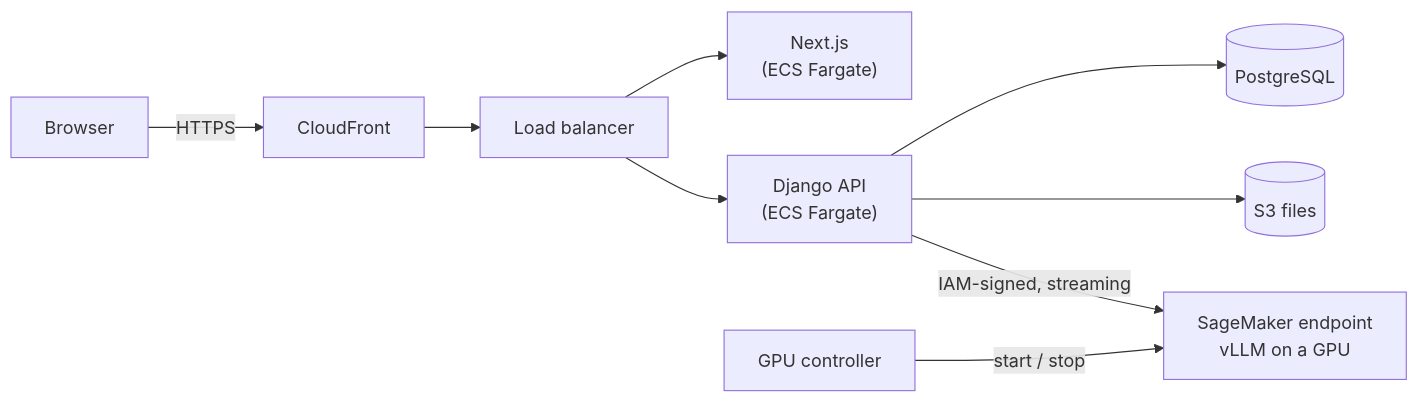
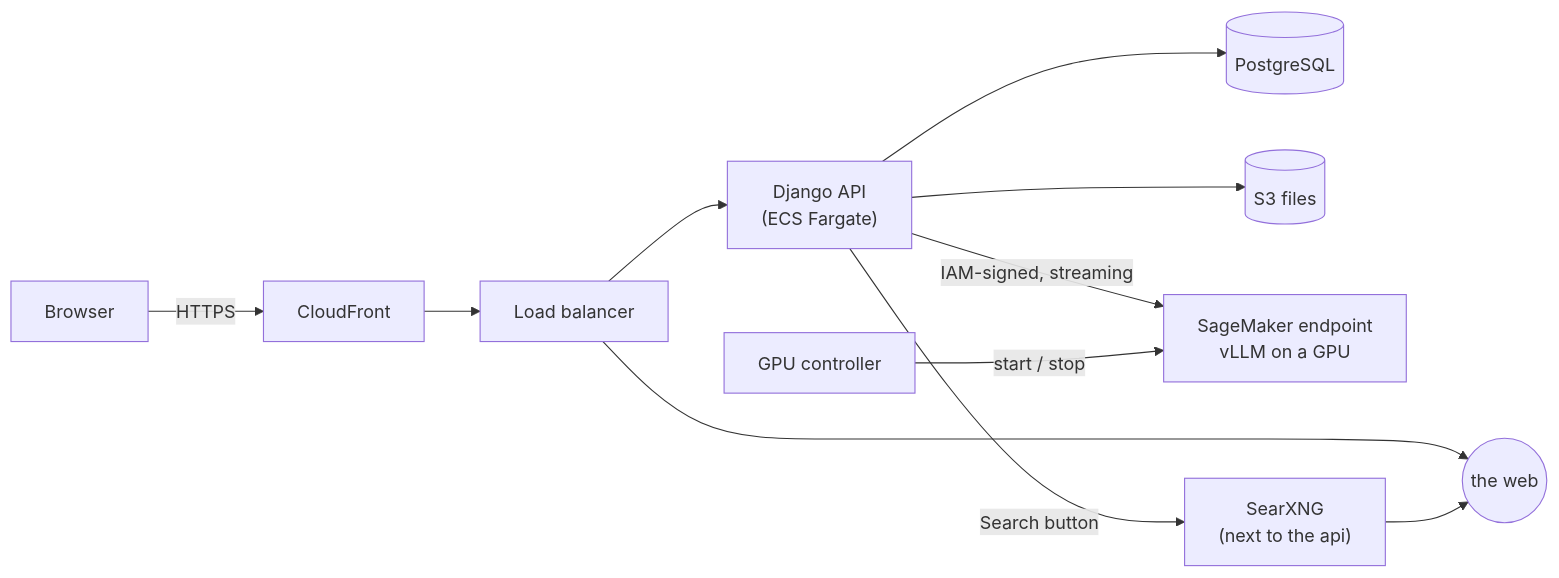
Before and after one commit to codewithmuh/private-llm-chat-sagemaker-aws: the diagram in README.md, drawn with Mermaid. The commit also changed other lines of this file and 47 other files, not shown here.

First line of the commit message:
Add a Search button to the chat, and run models with Docker Model Runner

````diff
--- a/README.md
+++ b/README.md
@@ -78,11 +79,12 @@
 ```mermaid
 flowchart LR
     U[Browser] -->|HTTPS| CF[CloudFront]
     CF --> ALB[Load balancer]
     ALB --> WEB["Next.js<br/>(ECS Fargate)"]
     ALB --> API["Django API<br/>(ECS Fargate)"]
     API --> RDS[(PostgreSQL)]
     API --> S3[(S3 files)]
     API -->|IAM-signed, streaming| SM["SageMaker endpoint<br/>vLLM on a GPU"]
+    API -->|"Search" button| SX["SearXNG<br/>(next to the api)"] --> WEB((the web))
     CTRL["GPU controller"] -->|start / stop| SM
 ```
````
